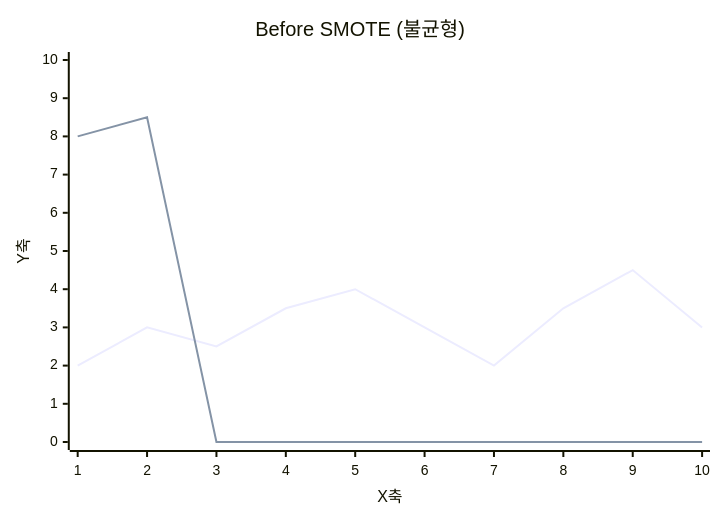
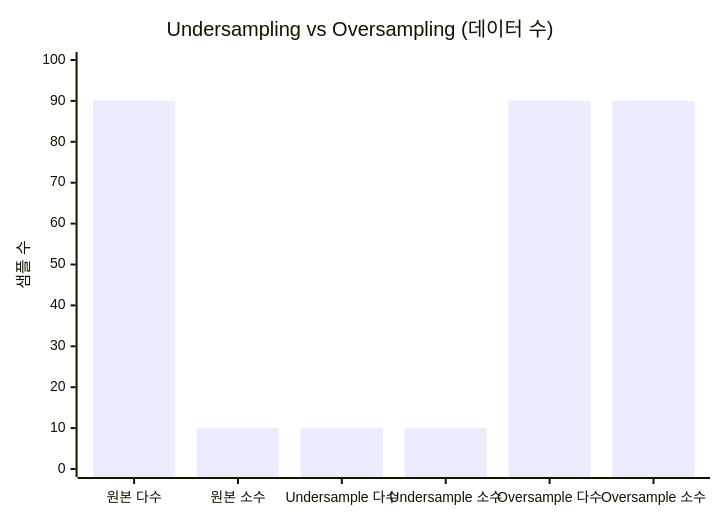
Before and after one commit to jaewonlee1205/report: the fifth of 7 diagrams in 데이터 관리/data.md, drawn with Mermaid. The commit also changed other lines of this file, not shown here.

Commit message:
SMOTE 시각화를 Undersampling/Oversampling 막대그래프로 변경

````diff
--- a/데이터 관리/data.md
+++ b/데이터 관리/data.md
@@ -83,8 +108,7 @@
 ```mermaid
 xychart-beta
-    title "Before SMOTE (불균형)"
-    x-axis "X축" [1, 2, 3, 4, 5, 6, 7, 8, 9, 10]
-    y-axis "Y축" 0 --> 10
-    line "다수 클래스 ●" [2, 3, 2.5, 3.5, 4, 3, 2, 3.5, 4.5, 3]
-    line "소수 클래스 ▲" [8, 8.5, 0, 0, 0, 0, 0, 0, 0, 0]
+    title "Undersampling vs Oversampling (데이터 수)"
+    x-axis ["원본 다수", "원본 소수", "Undersample 다수", "Undersample 소수", "Oversample 다수", "Oversample 소수"]
+    y-axis "샘플 수" 0 --> 100
+    bar [90, 10, 10, 10, 90, 90]
 ```
````
